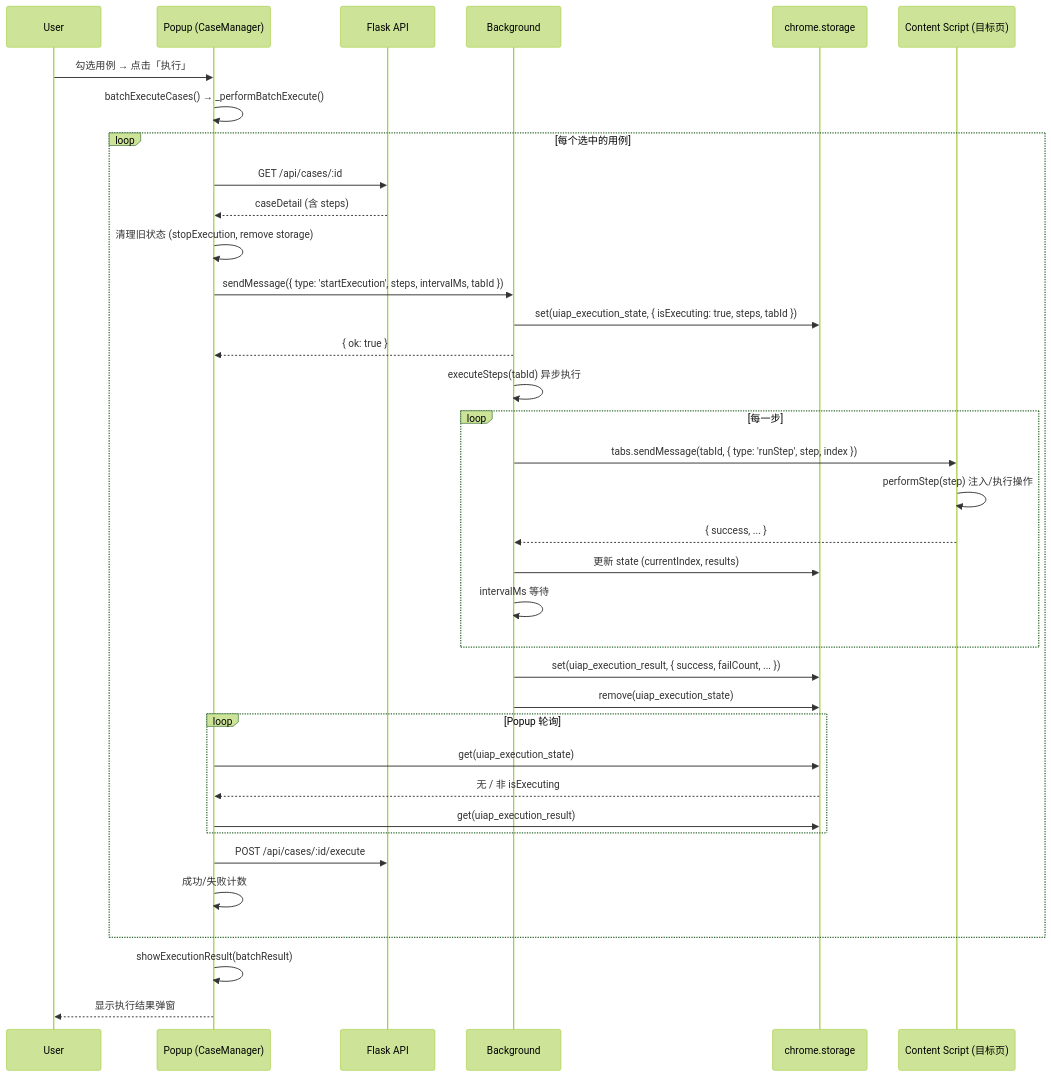
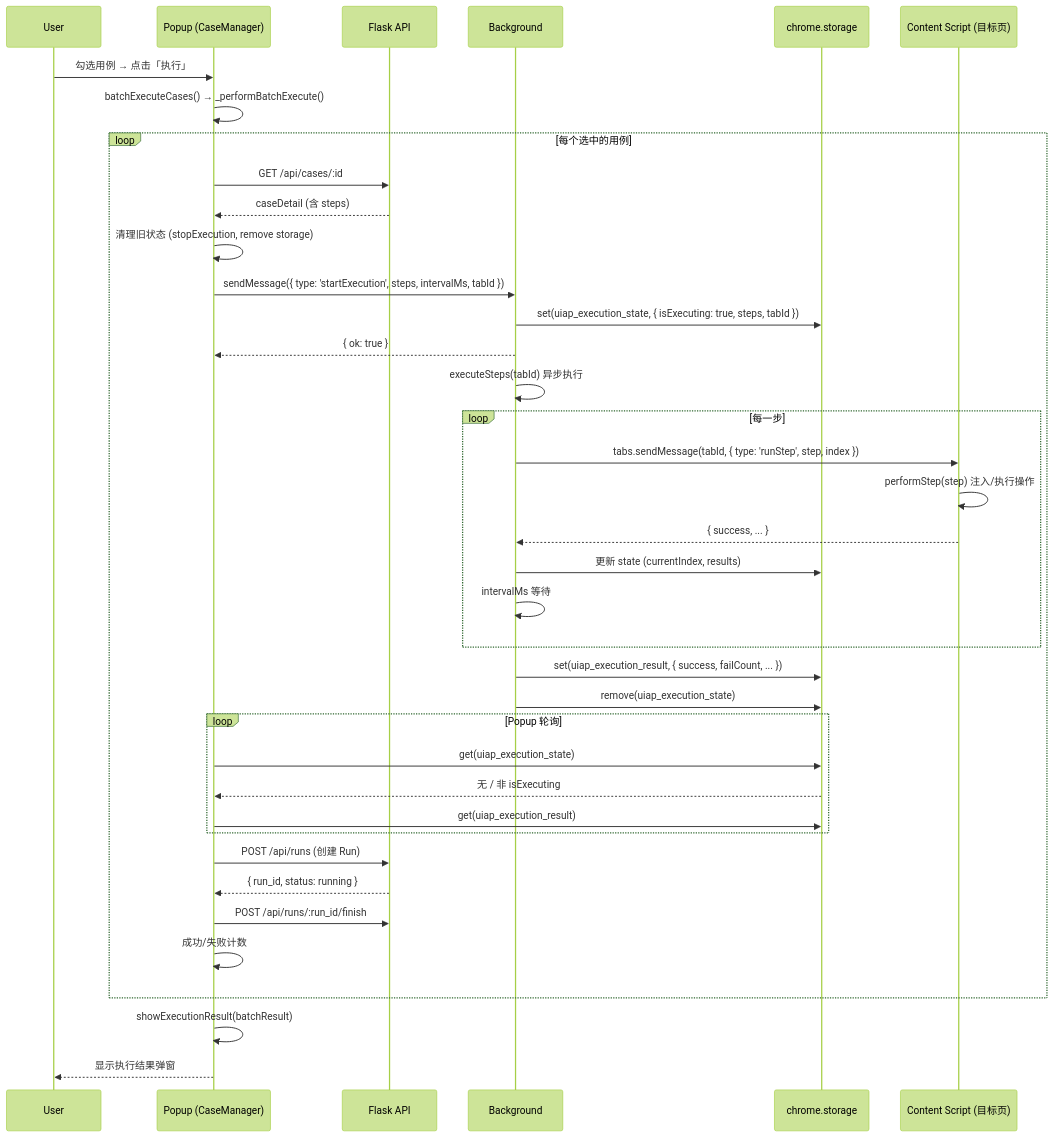
The second of 6 diagrams in docs/runtime-sequence.md (Jasonlya/UIProof), drawn with Mermaid (forest theme) before and after one commit. The commit also changed other lines of this file and 54 other files, not shown here.

First line of the commit message:
Complete run lifecycle and architecture cleanup

````diff
--- a/docs/runtime-sequence.md
+++ b/docs/runtime-sequence.md
@@ -166,46 +166,48 @@
 ```mermaid
 sequenceDiagram
     participant User
     participant Popup as Popup (CaseManager)
     participant Flask as Flask API
     participant BG as Background
     participant Storage as chrome.storage
     participant Content as Content Script (目标页)
 
     User->>Popup: 勾选用例 → 点击「执行」
     Popup->>Popup: batchExecuteCases() → _performBatchExecute()
 
     loop 每个选中的用例
         Popup->>Flask: GET /api/cases/:id
         Flask-->>Popup: caseDetail (含 steps)
 
         Popup->>Popup: 清理旧状态 (stopExecution, remove storage)
         Popup->>BG: sendMessage({ type: 'startExecution', steps, intervalMs, tabId })
         BG->>Storage: set(uiap_execution_state, { isExecuting: true, steps, tabId })
         BG-->>Popup: { ok: true }
         BG->>BG: executeSteps(tabId) 异步执行
 
         loop 每一步
             BG->>Content: tabs.sendMessage(tabId, { type: 'runStep', step, index })
             Content->>Content: performStep(step) 注入/执行操作
             Content-->>BG: { success, ... }
             BG->>Storage: 更新 state (currentIndex, results)
             BG->>BG: intervalMs 等待
         end
 
         BG->>Storage: set(uiap_execution_result, { success, failCount, ... })
         BG->>Storage: remove(uiap_execution_state)
 
         loop Popup 轮询
             Popup->>Storage: get(uiap_execution_state)
             Storage-->>Popup: 无 / 非 isExecuting
             Popup->>Storage: get(uiap_execution_result)
         end
 
-        Popup->>Flask: POST /api/cases/:id/execute
+        Popup->>Flask: POST /api/runs (创建 Run)
+        Flask-->>Popup: { run_id, status: running }
+        Popup->>Flask: POST /api/runs/:run_id/finish
         Popup->>Popup: 成功/失败计数
     end
 
     Popup->>Popup: showExecutionResult(batchResult)
     Popup-->>User: 显示执行结果弹窗
 ```
````
